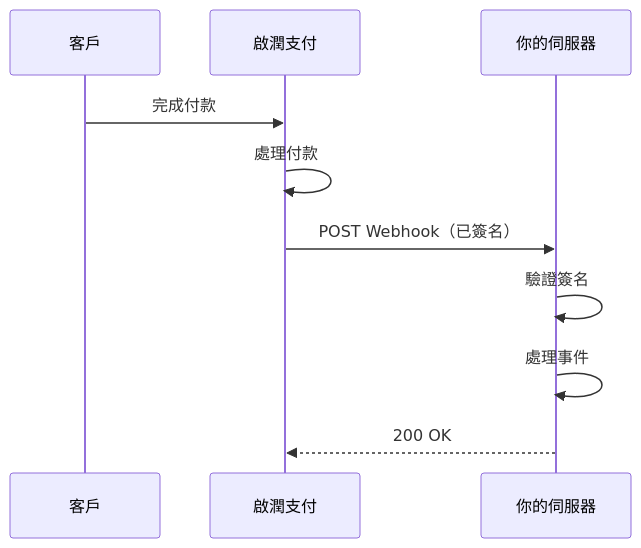
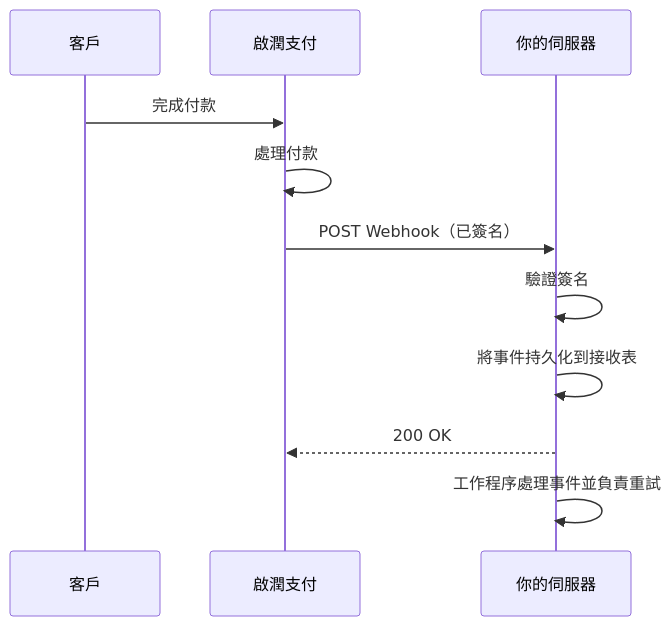
One commit to kyren-network/mintlify-docs changed the diagram in zh-Hant/webhooks/overview.mdx. Above: the diagram before and after it, drawn with Mermaid. The commit also changed other lines of this file and 58 other files, not shown here.

````diff
--- a/zh-Hant/webhooks/overview.mdx
+++ b/zh-Hant/webhooks/overview.mdx
@@ -10,13 +10,14 @@
 ```mermaid
 sequenceDiagram
     participant Customer as 客戶
     participant KyrenPay as 啟潤支付
     participant YourServer as 你的伺服器
 
     Customer->>KyrenPay: 完成付款
     KyrenPay->>KyrenPay: 處理付款
     KyrenPay->>YourServer: POST Webhook（已簽名）
     YourServer->>YourServer: 驗證簽名
-    YourServer->>YourServer: 處理事件
+    YourServer->>YourServer: 將事件持久化到接收表
     YourServer-->>KyrenPay: 200 OK
+    YourServer->>YourServer: 工作程序處理事件並負責重試
 ```
````
